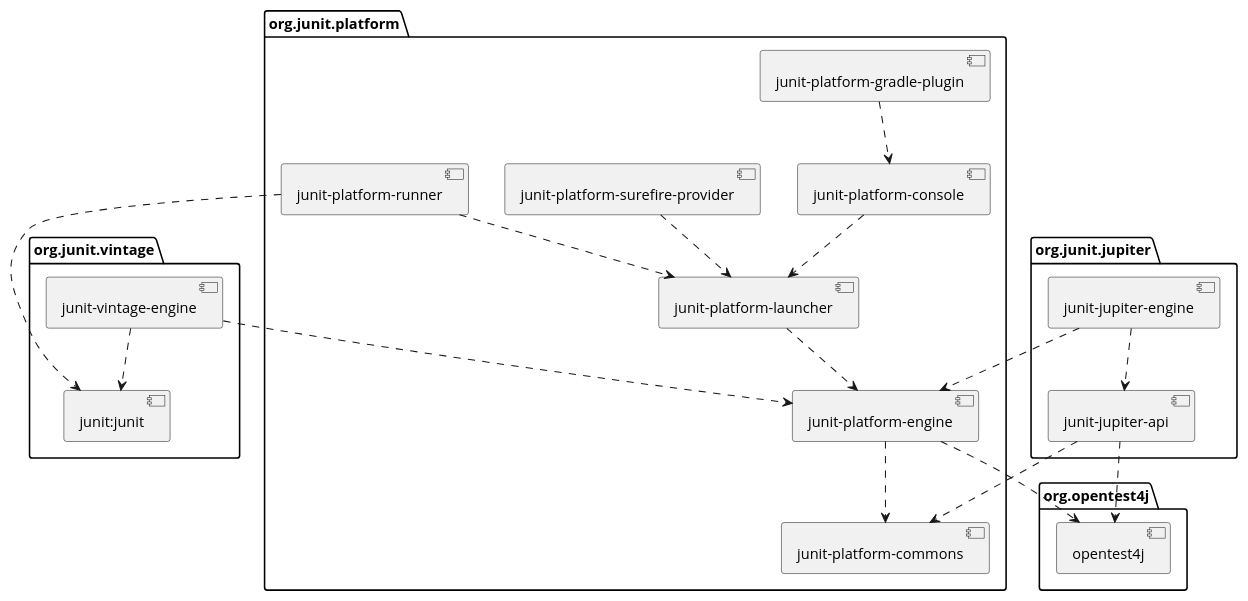
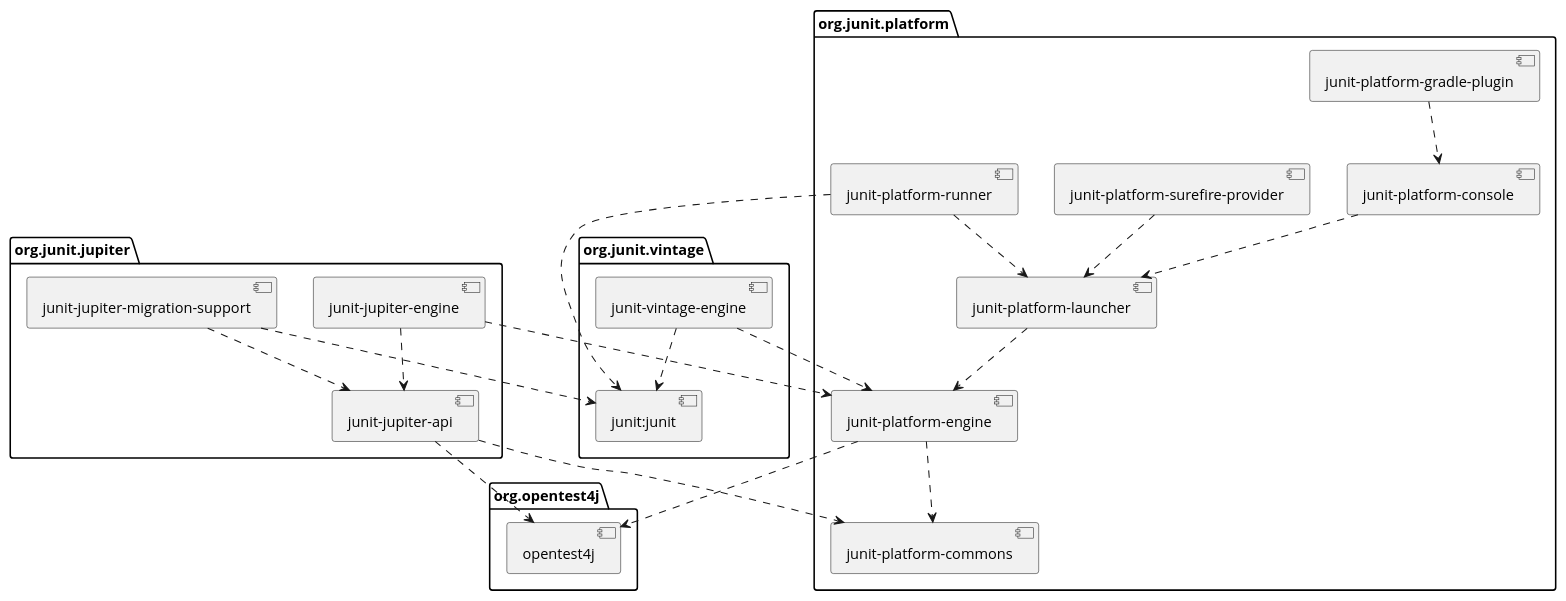
One commit to junit-team/junit5 changed the diagram in documentation/src/docs/asciidoc/overview.adoc. Above: the diagram before and after it, drawn with PlantUML. The commit also changed other lines of this file and 1 other file, not shown here.

Commit message:
Add new module to diagram, polish dependencies
#433

```diff
--- a/documentation/src/docs/asciidoc/overview.adoc
+++ b/documentation/src/docs/asciidoc/overview.adoc
@@ -111,53 +114,57 @@
 [plantuml, component-diagram, svg]
 ----
 skinparam {
     defaultFontName Open Sans
 }
 
 package org.junit.jupiter {
     [junit-jupiter-api] as jupiterapi
     [junit-jupiter-engine] as jupiterengine
+    [junit-jupiter-migration-support] as jupitermigrationsupport
 }
 
 package org.junit.vintage {
     [junit-vintage-engine] as vintage
     [junit:junit] as junit4
 }
 
 package org.junit.platform {
     [junit-platform-commons] as commons
     [junit-platform-console] as console
     [junit-platform-engine] as engine
     [junit-platform-gradle-plugin] as gradle
     [junit-platform-launcher] as launcher
     [junit-platform-runner] as runner
     [junit-platform-surefire-provider] as surefire
 }
 
 package org.opentest4j {
     [opentest4j]
 }
 
 jupiterapi ..> opentest4j
 jupiterapi ..> commons
 
 jupiterengine ..> engine
 jupiterengine ..> jupiterapi
 
+jupitermigrationsupport ..> jupiterapi
+jupitermigrationsupport ..> junit4
+
 console ..> launcher
 
 gradle ..> console
 
 launcher ..> engine
 
 engine ..> opentest4j
 engine ..> commons
 
 runner ..> launcher
 runner ..> junit4
 
 surefire ..> launcher
 
 vintage ..> engine
 vintage ..> junit4
 ----
```
